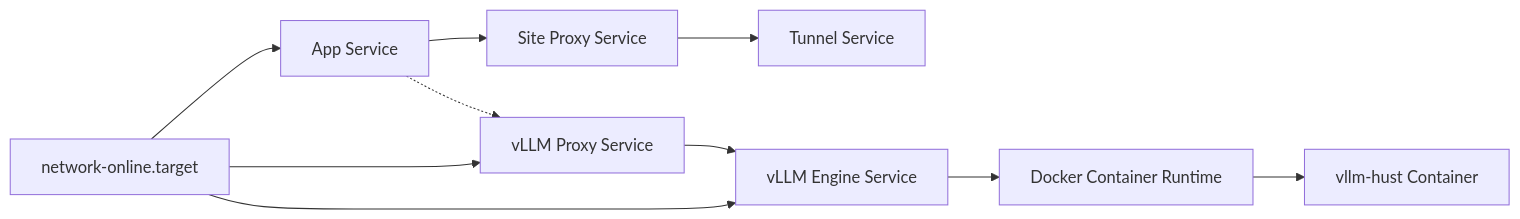
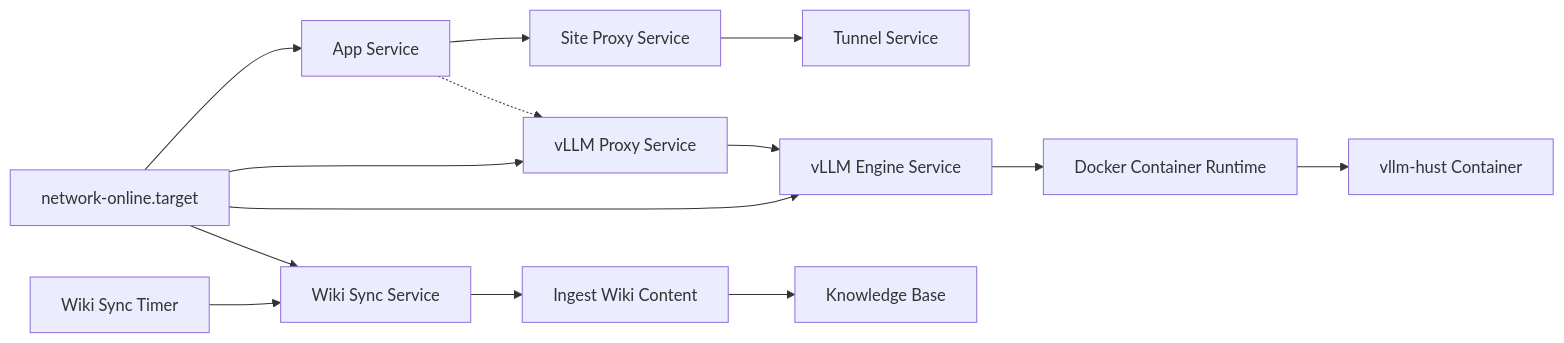
One commit to intellistream/sage-mate changed the tenth of 10 diagrams in .qoder/repowiki/en/content/Deployment and Operations/Systemd Services.md. Above: the diagram before and after it, drawn with Mermaid. The commit also changed other lines of this file and 115 other files, not shown here.

````diff
--- a/.qoder/repowiki/en/content/Deployment and Operations/Systemd Services.md
+++ b/.qoder/repowiki/en/content/Deployment and Operations/Systemd Services.md
@@ -499,12 +590,16 @@
 ```mermaid
 graph LR
 NET["network-online.target"] --> APP["App Service"]
 APP --> SITE["Site Proxy Service"]
 SITE --> TUNNEL["Tunnel Service"]
 NET --> VLLM_PROXY["vLLM Proxy Service"]
 NET --> VLLM_ENGINE["vLLM Engine Service"]
+NET --> WIKI_SYNC["Wiki Sync Service"]
 VLLM_PROXY --> VLLM_ENGINE
 APP -.-> VLLM_PROXY
 VLLM_ENGINE --> DOCKER["Docker Container Runtime"]
 DOCKER --> CONTAINER["vllm-hust Container"]
+WIKI_TIMER["Wiki Sync Timer"] --> WIKI_SYNC
+WIKI_SYNC --> INGEST["Ingest Wiki Content"]
+INGEST --> KB["Knowledge Base"]
 ```
````
